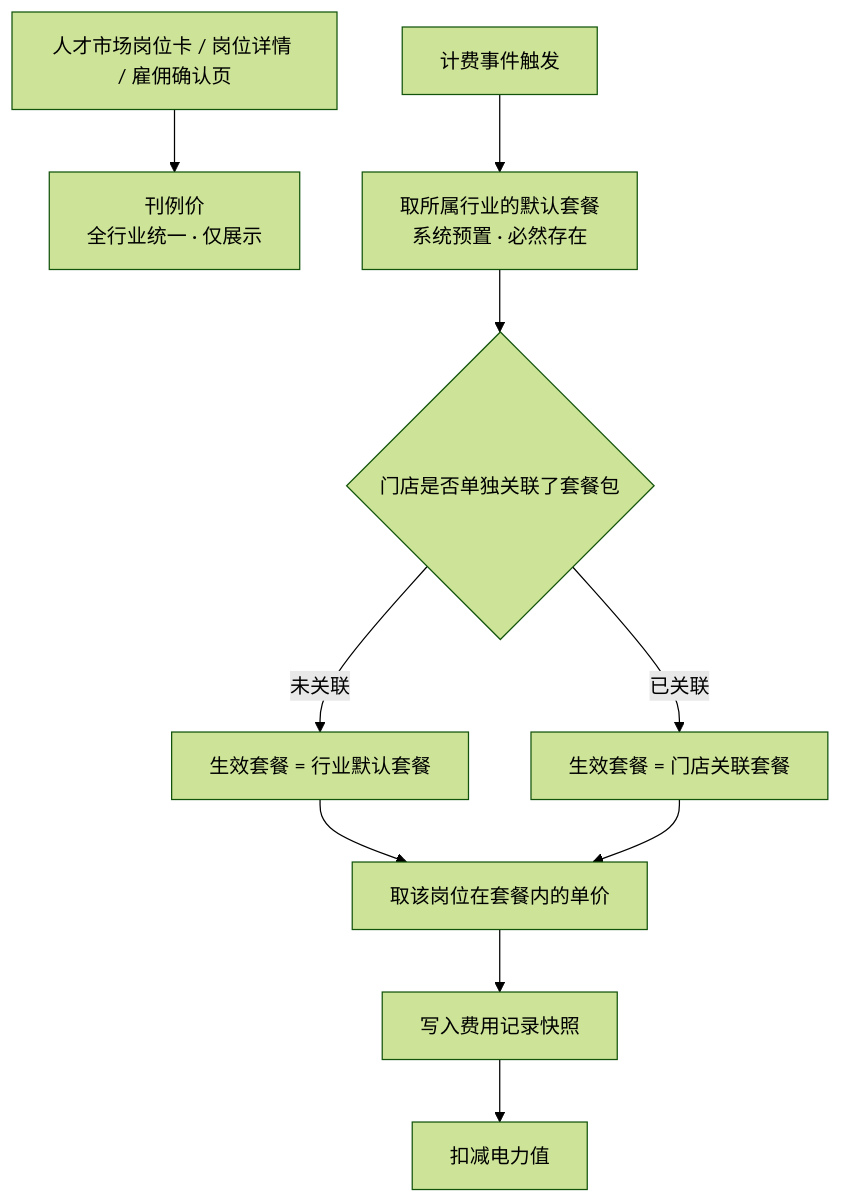
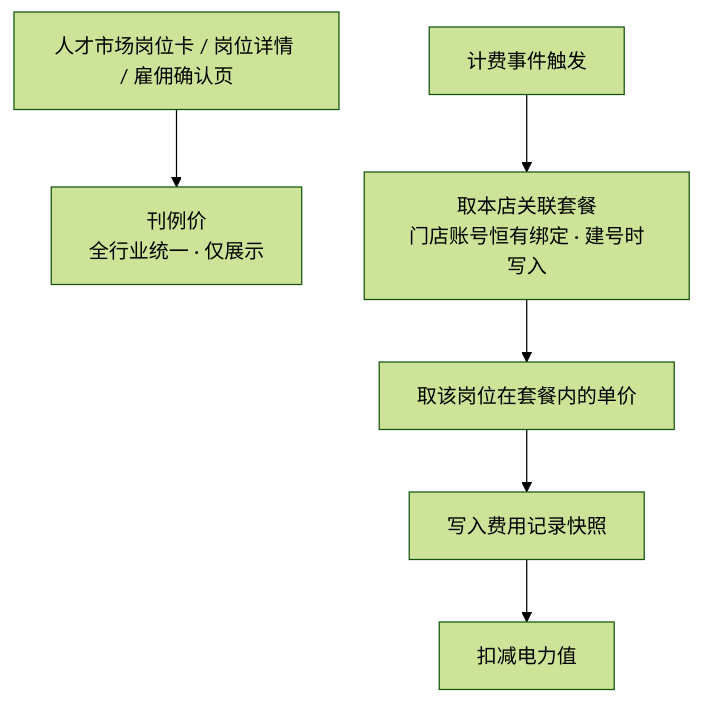
The first of 2 diagrams in docs/prd/PRD-v1.4-计费规则.md (hunterandrabbits-a11y/AI-Army), drawn with Mermaid (forest theme) before and after one commit. The commit also changed other lines of this file and 2 other files, not shown here.

````diff
--- a/docs/prd/PRD-v1.4-计费规则.md
+++ b/docs/prd/PRD-v1.4-计费规则.md
@@ -80,12 +80,8 @@
 ```mermaid
 flowchart TD
     A[人才市场岗位卡 / 岗位详情 / 雇佣确认页] --> P[刊例价<br>全行业统一 · 仅展示]
-    B[计费事件触发] --> C[取所属行业的默认套餐<br>系统预置 · 必然存在]
-    C --> D{门店是否单独关联了套餐包}
-    D -->|未关联| E[生效套餐 = 行业默认套餐]
-    D -->|已关联| F[生效套餐 = 门店关联套餐]
-    E --> G[取该岗位在套餐内的单价]
-    F --> G
+    B[计费事件触发] --> C[取本店关联套餐<br>门店账号恒有绑定 · 建号时写入]
+    C --> G[取该岗位在套餐内的单价]
     G --> H[写入费用记录快照]
     H --> I[扣减电力值]
 ```
````
